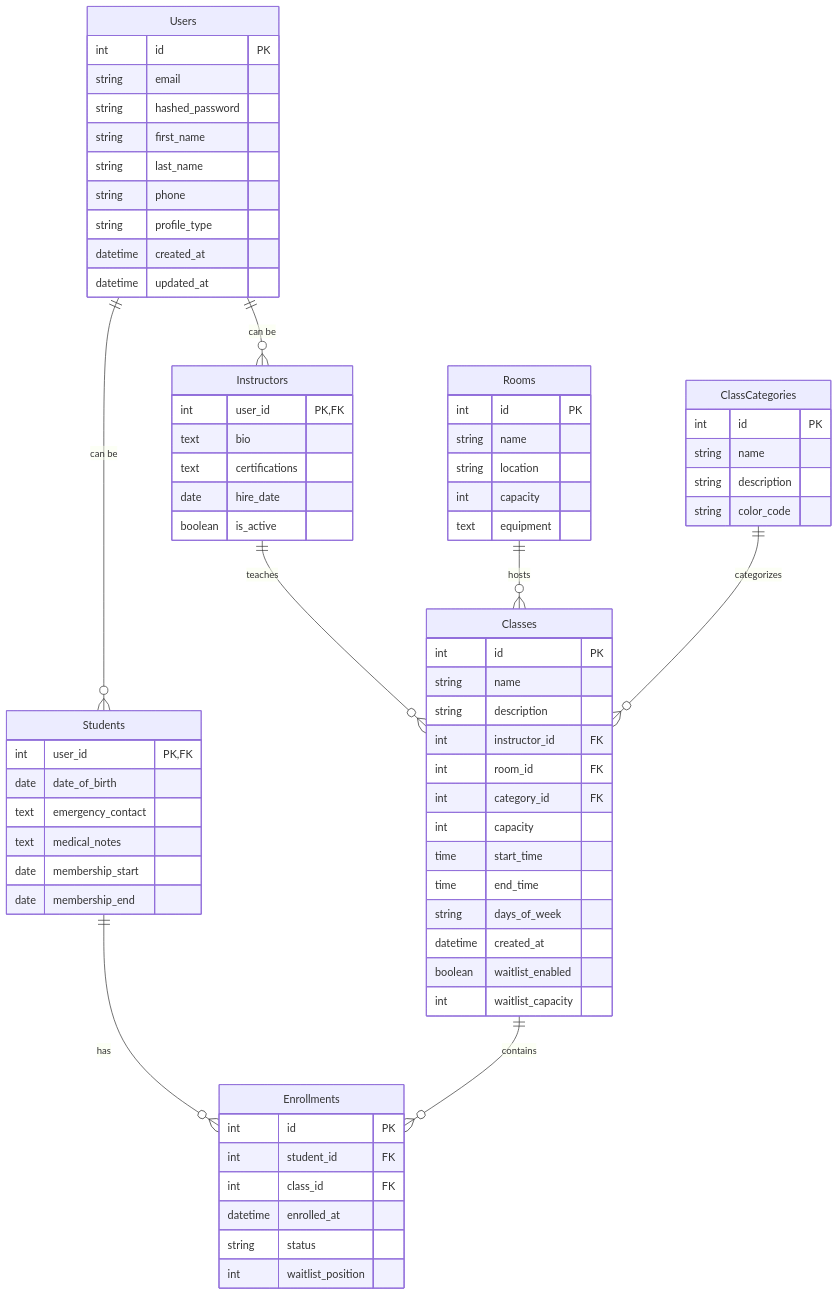
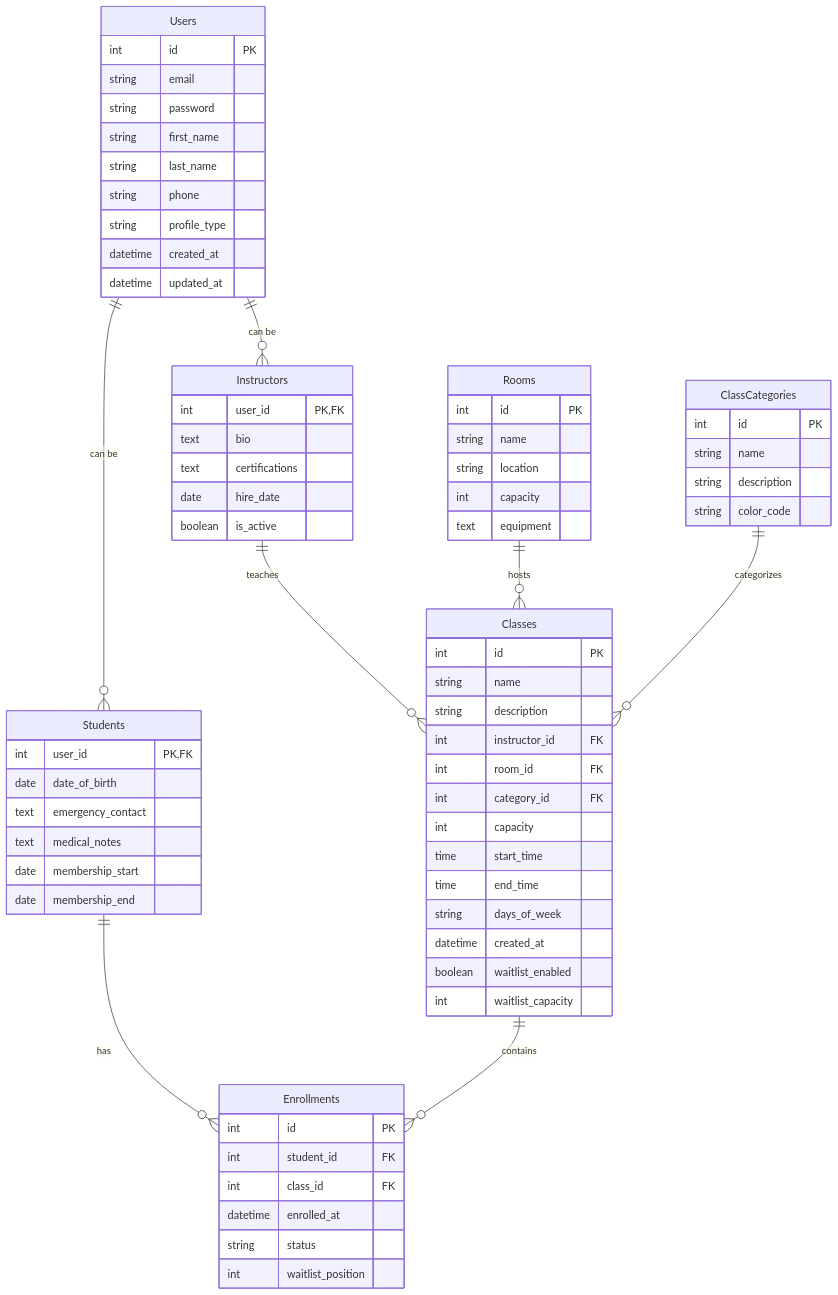
The diagram in erd.md (joelbarton406/gym-backend), drawn with Mermaid before and after one commit. The commit also changed 7 other files, not shown here.

````diff
--- a/erd.md
+++ b/erd.md
@@ -6,79 +6,79 @@
 ```mermaid
 erDiagram
     Users {
         int id PK
         string email
-        string hashed_password
+        string password
         string first_name
         string last_name
         string phone
         string profile_type
         datetime created_at
         datetime updated_at
     }
 
     Students {
         int user_id PK,FK
         date date_of_birth
         text emergency_contact
         text medical_notes
         date membership_start
         date membership_end
     }
 
     Instructors {
         int user_id PK,FK
         text bio
         text certifications
         date hire_date
         boolean is_active
     }
 
     ClassCategories {
         int id PK
         string name
         string description
         string color_code
     }
 
     Classes {
         int id PK
         string name
         string description
         int instructor_id FK
         int room_id FK
         int category_id FK
         int capacity
         time start_time
         time end_time
         string days_of_week
         datetime created_at
         boolean waitlist_enabled
         int waitlist_capacity
     }
 
     Rooms {
         int id PK
         string name
         string location
         int capacity
         text equipment
     }
 
     Enrollments {
         int id PK
         int student_id FK
         int class_id FK
         datetime enrolled_at
         string status
         int waitlist_position
     }
 
     Users ||--o{ Students : "can be"
     Users ||--o{ Instructors : "can be"
     Instructors ||--o{ Classes : teaches
     Rooms ||--o{ Classes : hosts
     Students ||--o{ Enrollments : has
     Classes ||--o{ Enrollments : contains
     ClassCategories ||--o{ Classes : categorizes
 ```
````
